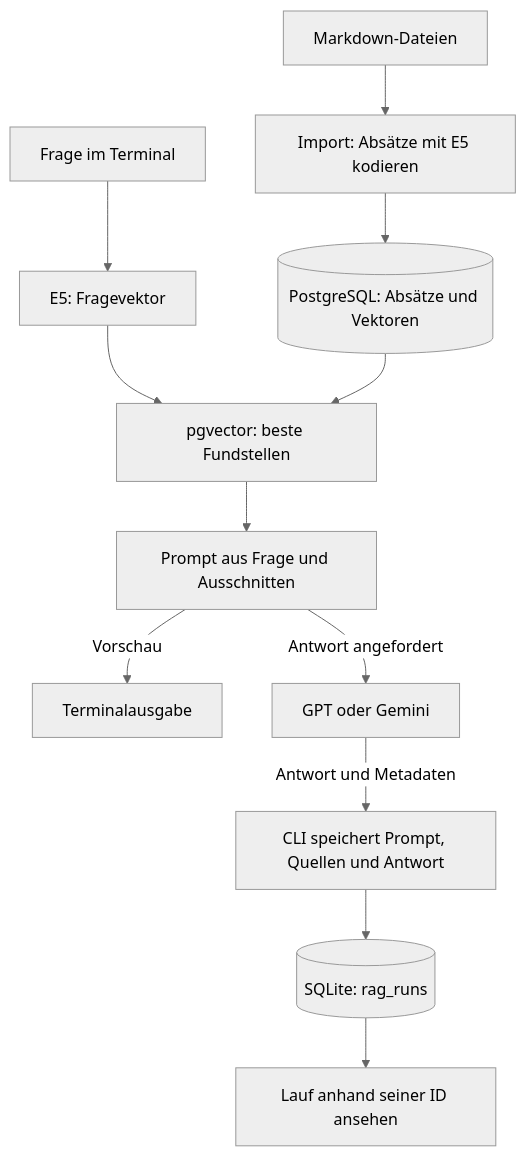
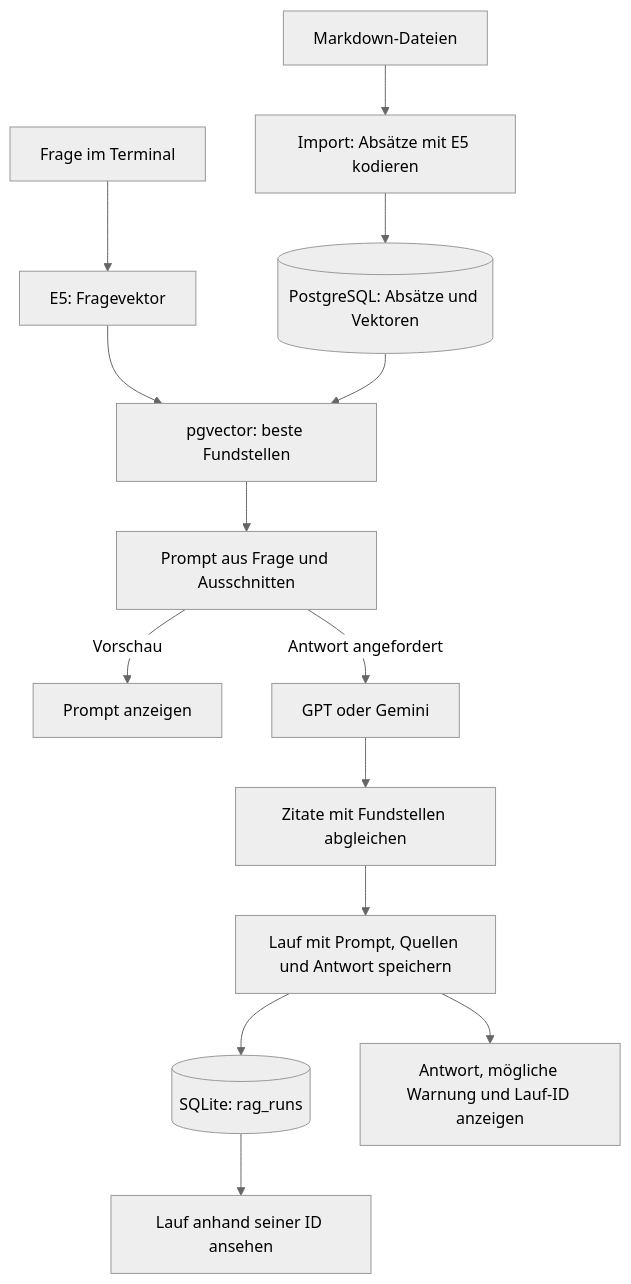
The diagram in README.md (DanielMS616/cosi-lab), drawn with Mermaid (neutral theme) before and after one commit. The commit also changed other lines of this file and 1 other file, not shown here.

Commit message:
docs: RAG-Ablauf und Zitatprüfung in README erklären

````diff
--- a/README.md
+++ b/README.md
@@ -11,14 +11,16 @@
 ```mermaid
 flowchart TB
     MD["Markdown-Dateien"] --> IMPORT["Import: Absätze mit E5 kodieren"]
     IMPORT --> PG[("PostgreSQL: Absätze und Vektoren")]
     Q["Frage im Terminal"] --> E5["E5: Fragevektor"]
     E5 --> SEARCH["pgvector: beste Fundstellen"]
     PG --> SEARCH
     SEARCH --> PROMPT["Prompt aus Frage und Ausschnitten"]
-    PROMPT -->|Vorschau| VIEW["Terminalausgabe"]
+    PROMPT -->|Vorschau| VIEW["Prompt anzeigen"]
     PROMPT -->|Antwort angefordert| MODEL["GPT oder Gemini"]
-    MODEL -->|Antwort und Metadaten| SAVE["CLI speichert Prompt, Quellen und Antwort"]
+    MODEL --> CHECK["Zitate mit Fundstellen abgleichen"]
+    CHECK --> SAVE["Lauf mit Prompt, Quellen und Antwort speichern"]
     SAVE --> RUN[("SQLite: rag_runs")]
+    SAVE --> CLI["Antwort, mögliche Warnung und Lauf-ID anzeigen"]
     RUN --> REPLAY["Lauf anhand seiner ID ansehen"]
 ```
````
